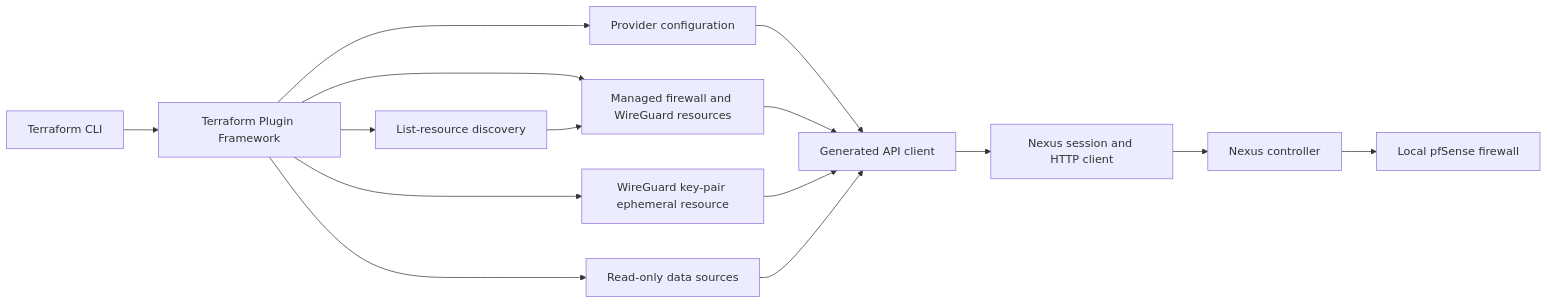
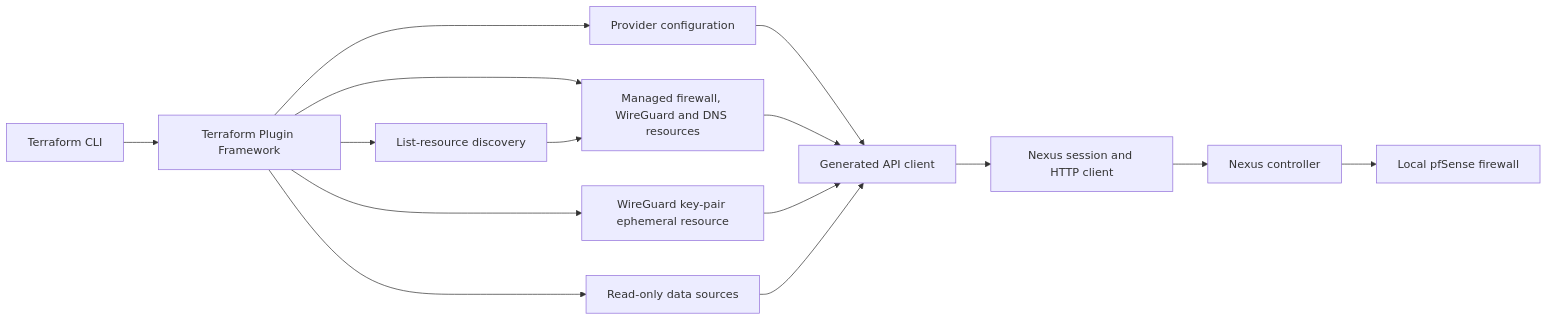
Before and after one commit to geo-gaussian/pfsense-provider: the first of 2 diagrams in ARCHITECTURE.md, drawn with Mermaid. The commit also changed other lines of this file and 39 other files, not shown here.

First line of the commit message:
PFSN-012: Add DNS data sources and mDNS and HAProxy resolver resources (#20)

````diff
--- a/ARCHITECTURE.md
+++ b/ARCHITECTURE.md
@@ -37,17 +39,17 @@
 ```mermaid
 flowchart LR
   TF[Terraform CLI] --> Framework[Terraform Plugin Framework]
   Framework --> Provider[Provider configuration]
-  Framework --> Resource[Managed firewall and WireGuard resources]
+  Framework --> Resource[Managed firewall, WireGuard and DNS resources]
   Framework --> Discovery[List-resource discovery]
   Framework --> Ephemeral[WireGuard key-pair ephemeral resource]
   Framework --> Data[Read-only data sources]
   Provider --> API[Generated API client]
   Resource --> API
   Discovery --> Resource
   Ephemeral --> API
   Data --> API
   API --> Client[Nexus session and HTTP client]
   Client --> Nexus[Nexus controller]
   Nexus --> Firewall[Local pfSense firewall]
 ```
````
